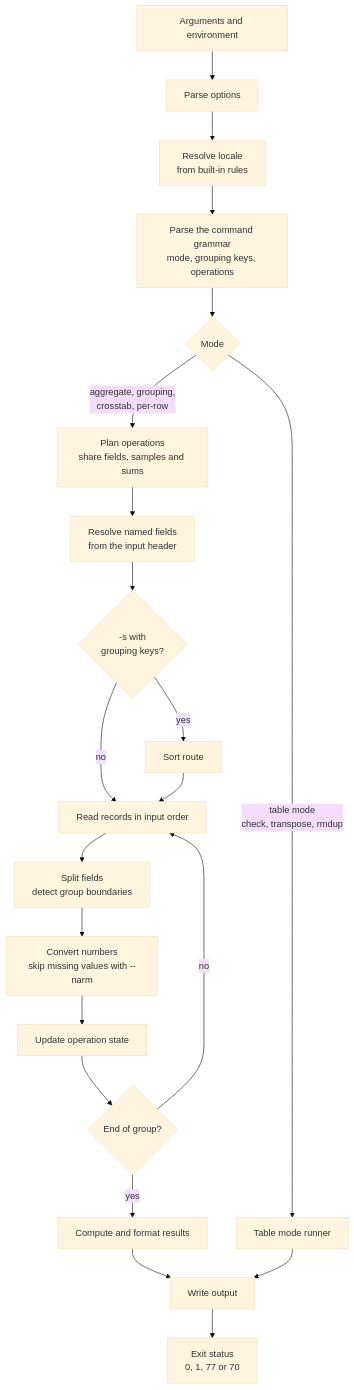
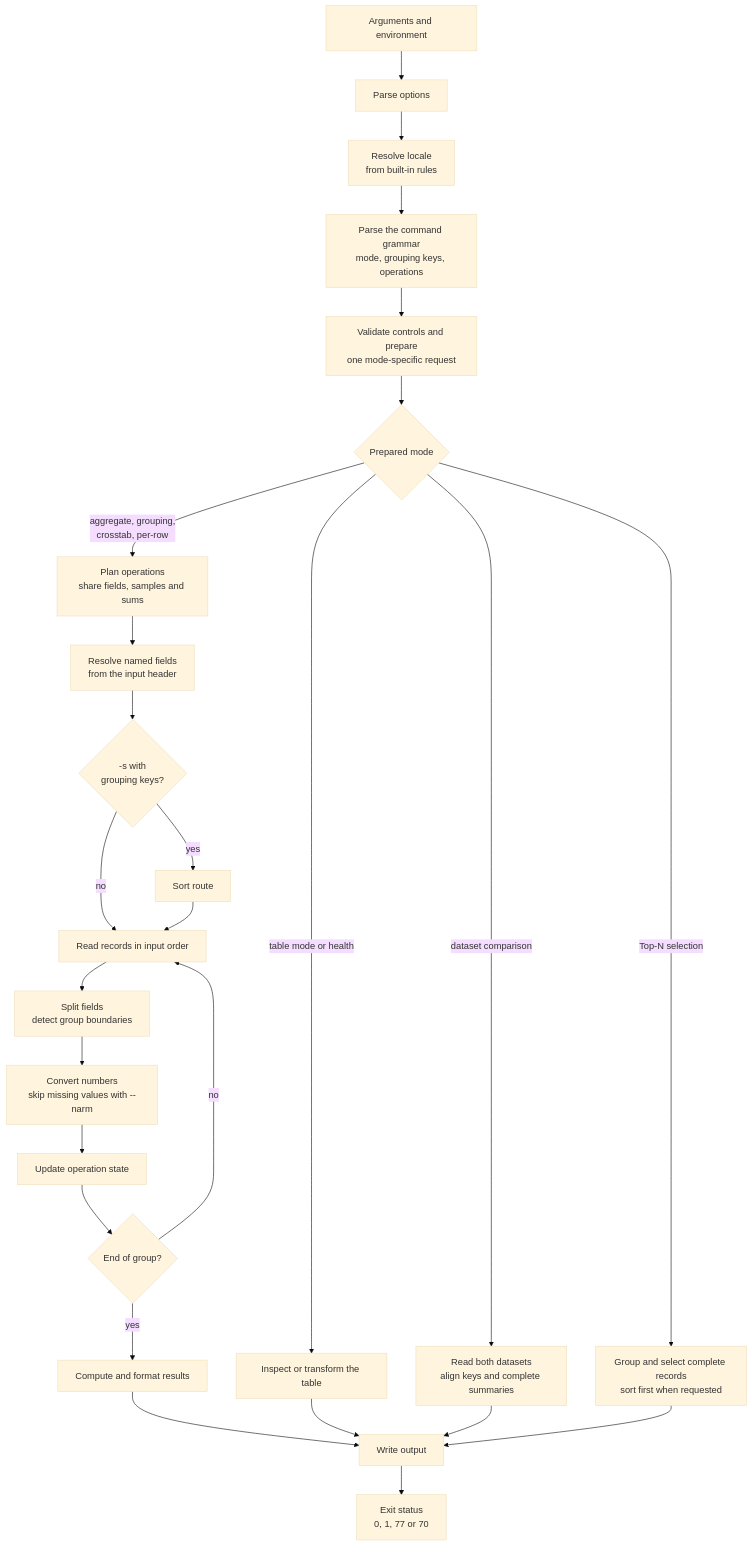
The second of 4 diagrams in ARCHITECTURE.md (pederbe/fastmash), drawn with Mermaid (base theme) before and after one commit. The commit also changed other lines of this file and 126 other files, not shown here.

````diff
--- a/ARCHITECTURE.md
+++ b/ARCHITECTURE.md
@@ -77,23 +77,28 @@
 ```mermaid
 flowchart TD
     A[Arguments and environment] --> B[Parse options]
     B --> C[Resolve locale<br/>from built-in rules]
     C --> D[Parse the command grammar<br/>mode, grouping keys, operations]
-    D --> E{Mode}
-    E -- "table mode<br/>check, transpose, rmdup" --> T[Table mode runner]
+    D --> V[Validate controls and prepare<br/>one mode-specific request]
+    V --> E{Prepared mode}
+    E -- "table mode or health" --> T[Inspect or transform the table]
+    E -- "dataset comparison" --> R[Read both datasets<br/>align keys and complete summaries]
+    E -- "Top-N selection" --> U[Group and select complete records<br/>sort first when requested]
     E -- "aggregate, grouping,<br/>crosstab, per-row" --> F[Plan operations<br/>share fields, samples and sums]
     F --> G[Resolve named fields<br/>from the input header]
     G --> H{"-s with<br/>grouping keys?"}
     H -- no --> J[Read records in input order]
     H -- yes --> S[Sort route]
     S --> J
     J --> K[Split fields<br/>detect group boundaries]
     K --> L[Convert numbers<br/>skip missing values with --narm]
     L --> M[Update operation state]
     M --> N{End of group?}
     N -- no --> J
     N -- yes --> O[Compute and format results]
     O --> P[Write output]
     T --> P
+    R --> P
+    U --> P
     P --> Q[Exit status<br/>0, 1, 77 or 70]
 ```
````
